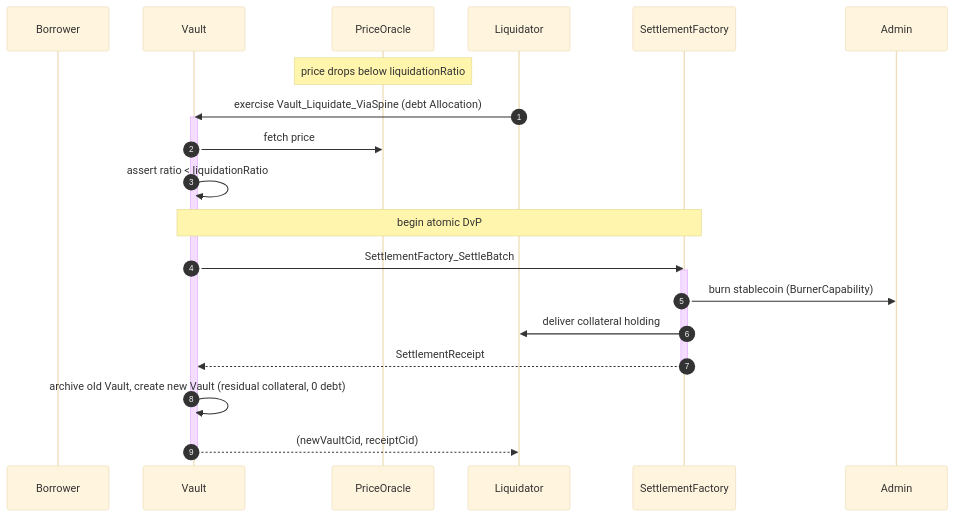
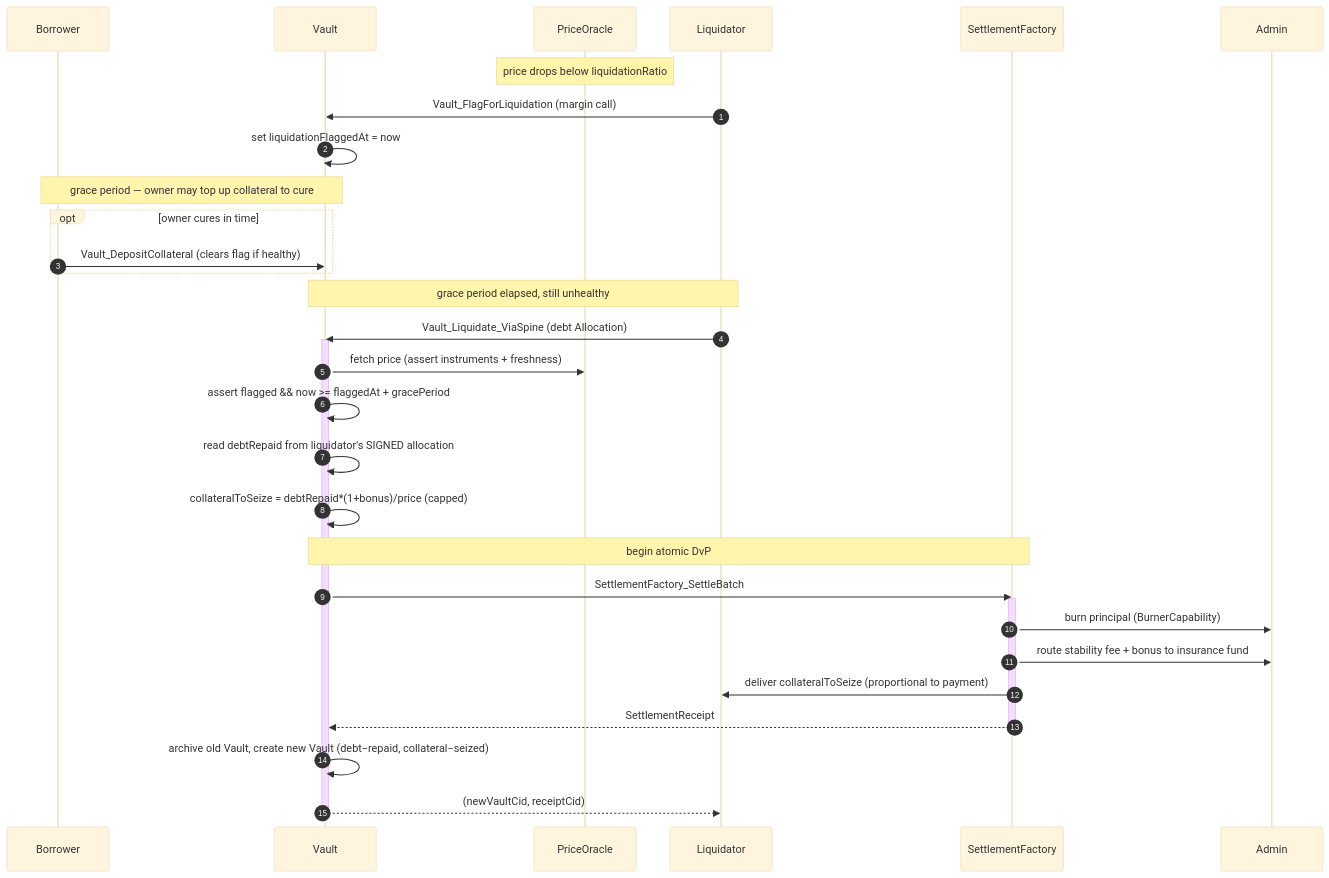
One commit to OpenZeppelin/canton-specs changed the second of 2 diagrams in docs/ri-reports/02-lending.md. Above: the diagram before and after it, drawn with Mermaid (base theme). The commit also changed other lines of this file, not shown here.

First line of the commit message:
fix(02-lending): resolve offline-review findings (root-cause, grounded in real canton-stablecoin)

````diff
--- a/docs/ri-reports/02-lending.md
+++ b/docs/ri-reports/02-lending.md
@@ -524,26 +759,36 @@
 ```mermaid
 sequenceDiagram
     autonumber
     participant B as Borrower
     participant V as Vault
     participant O as PriceOracle
     participant L as Liquidator
     participant SF as SettlementFactory
     participant A as Admin
 
     note over O: price drops below liquidationRatio
-    L->>V: exercise Vault_Liquidate_ViaSpine (debt Allocation)
+    L->>V: Vault_FlagForLiquidation (margin call)
+    V->>V: set liquidationFlaggedAt = now
+    note over B,V: grace period — owner may top up collateral to cure
+    opt owner cures in time
+        B->>V: Vault_DepositCollateral (clears flag if healthy)
+    end
+    note over L,V: grace period elapsed, still unhealthy
+    L->>V: Vault_Liquidate_ViaSpine (debt Allocation)
     activate V
-    V->>O: fetch price
-    V->>V: assert ratio < liquidationRatio
+    V->>O: fetch price (assert instruments + freshness)
+    V->>V: assert flagged && now >= flaggedAt + gracePeriod
+    V->>V: read debtRepaid from liquidator's SIGNED allocation
+    V->>V: collateralToSeize = debtRepaid*(1+bonus)/price (capped)
     note over V,SF: begin atomic DvP
     V->>SF: SettlementFactory_SettleBatch
     activate SF
-    SF->>A: burn stablecoin (BurnerCapability)
-    SF->>L: deliver collateral holding
+    SF->>A: burn principal (BurnerCapability)
+    SF->>A: route stability fee + bonus to insurance fund
+    SF->>L: deliver collateralToSeize (proportional to payment)
     SF-->>V: SettlementReceipt
     deactivate SF
-    V->>V: archive old Vault, create new Vault (residual collateral, 0 debt)
+    V->>V: archive old Vault, create new Vault (debt−repaid, collateral−seized)
     V-->>L: (newVaultCid, receiptCid)
     deactivate V
 ```
````
